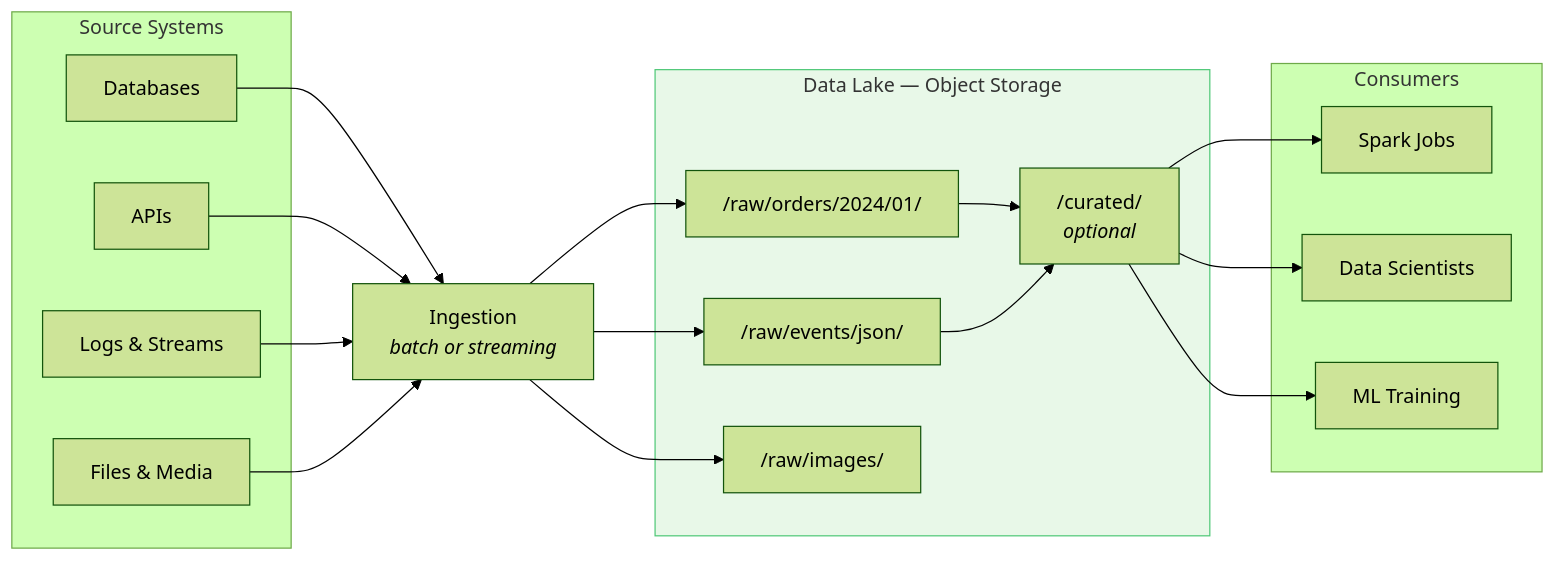
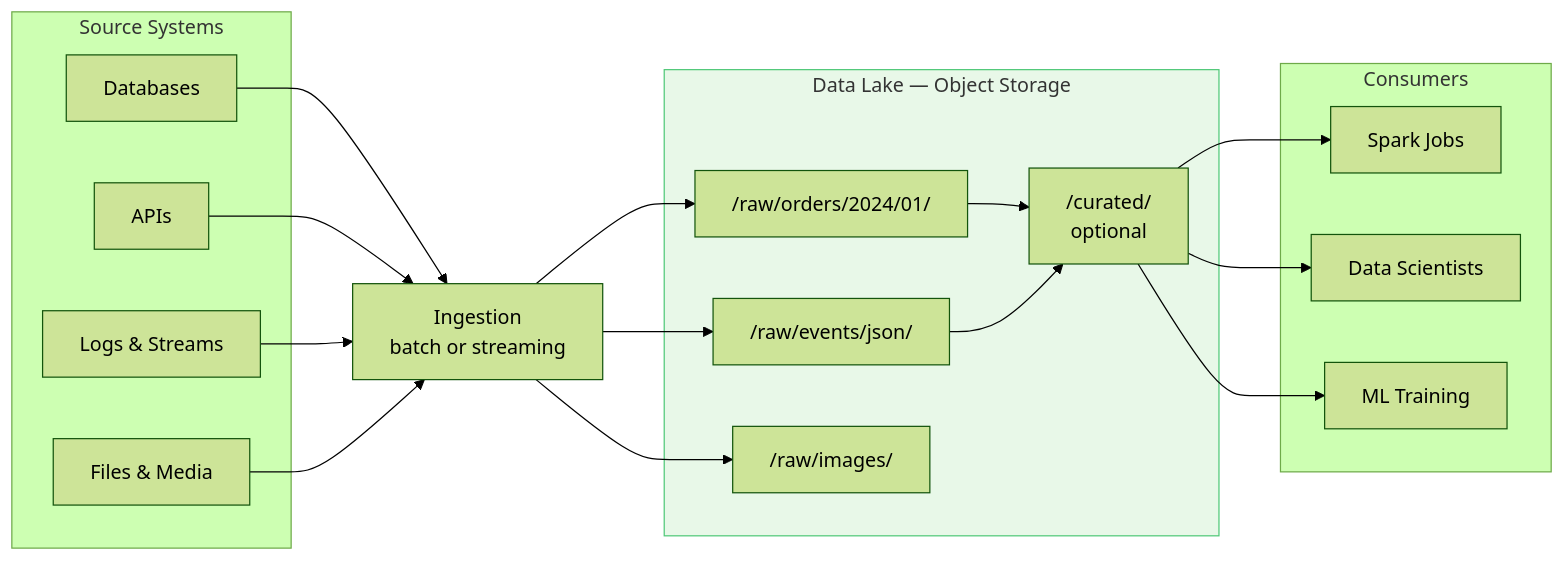
The first of 5 diagrams in data-architecture/data-lake.md (adnanrahin/adnanrahin.github.io), drawn with Mermaid (forest theme) before and after one commit. The commit also changed other lines of this file and 3 other files, not shown here.

Commit message:
updated the flowchart

````diff
--- a/data-architecture/data-lake.md
+++ b/data-architecture/data-lake.md
@@ -40,39 +37,39 @@
 ```mermaid
 flowchart LR
     subgraph Sources["Source Systems"]
         DB["Databases"]
         API["APIs"]
         LOG["Logs & Streams"]
         FILES["Files & Media"]
     end
 
-    ING["Ingestion<br/><i>batch or streaming</i>"]
+    ING["Ingestion<br/>batch or streaming"]
 
     subgraph Lake["Data Lake — Object Storage"]
         RAW["/raw/orders/2024/01/"]
         EVENTS["/raw/events/json/"]
         IMG["/raw/images/"]
-        CUR["/curated/<br/><i>optional</i>"]
+        CUR["/curated/<br/>optional"]
         RAW --> CUR
         EVENTS --> CUR
     end
 
     subgraph Consumers["Consumers"]
         SPARK["Spark Jobs"]
         DS["Data Scientists"]
         ML["ML Training"]
     end
 
     DB --> ING
     API --> ING
     LOG --> ING
     FILES --> ING
     ING --> RAW
     ING --> EVENTS
     ING --> IMG
     CUR --> SPARK
     CUR --> DS
     CUR --> ML
 
     style Lake fill:#E8F8E8,stroke:#50C878
 ```
````
